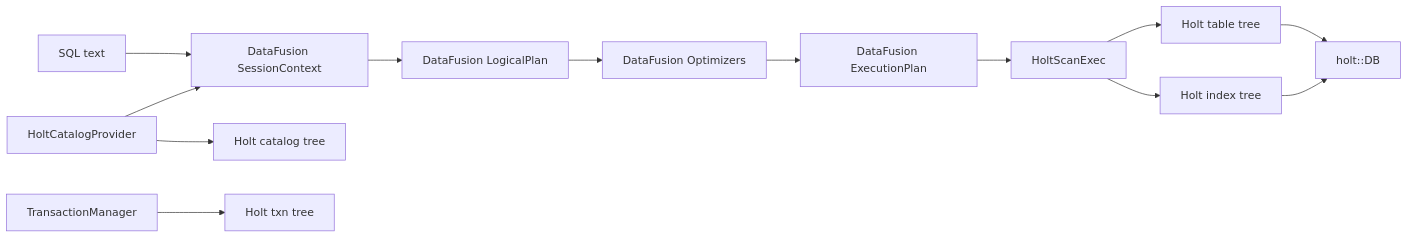
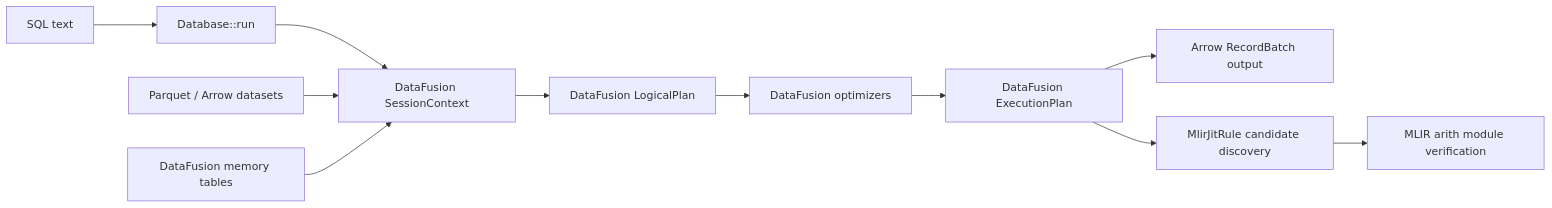
Before and after one commit to feichai0017/QuillSQL: the diagram in docs/src/architecture.md, drawn with Mermaid. The commit also changed other lines of this file and 55 other files, not shown here.

Commit message:
Drop Holt and wire DataFusion MLIR path

````diff
--- a/docs/src/architecture.md
+++ b/docs/src/architecture.md
@@ -10,16 +10,14 @@
 ```mermaid
 flowchart LR
-    SQL["SQL text"] --> DF["DataFusion SessionContext"]
+    SQL["SQL text"] --> DB["Database::run"]
+    DB --> DF["DataFusion SessionContext"]
     DF --> Logical["DataFusion LogicalPlan"]
-    Logical --> Optimized["DataFusion Optimizers"]
+    Logical --> Optimized["DataFusion optimizers"]
     Optimized --> Physical["DataFusion ExecutionPlan"]
-    Physical --> Scan["HoltScanExec"]
-    Scan --> Table["Holt table tree"]
-    Scan --> Index["Holt index tree"]
-    Table --> Holt["holt::DB"]
-    Index --> Holt
+    Physical --> Arrow["Arrow RecordBatch output"]
 
-    Catalog["HoltCatalogProvider"] --> DF
-    Catalog --> Descriptors["Holt catalog tree"]
-    Txn["TransactionManager"] --> Status["Holt txn tree"]
+    Parquet["Parquet / Arrow datasets"] --> DF
+    Memory["DataFusion memory tables"] --> DF
+    Physical --> JITRule["MlirJitRule candidate discovery"]
+    JITRule --> MLIR["MLIR arith module verification"]
 ```
````
